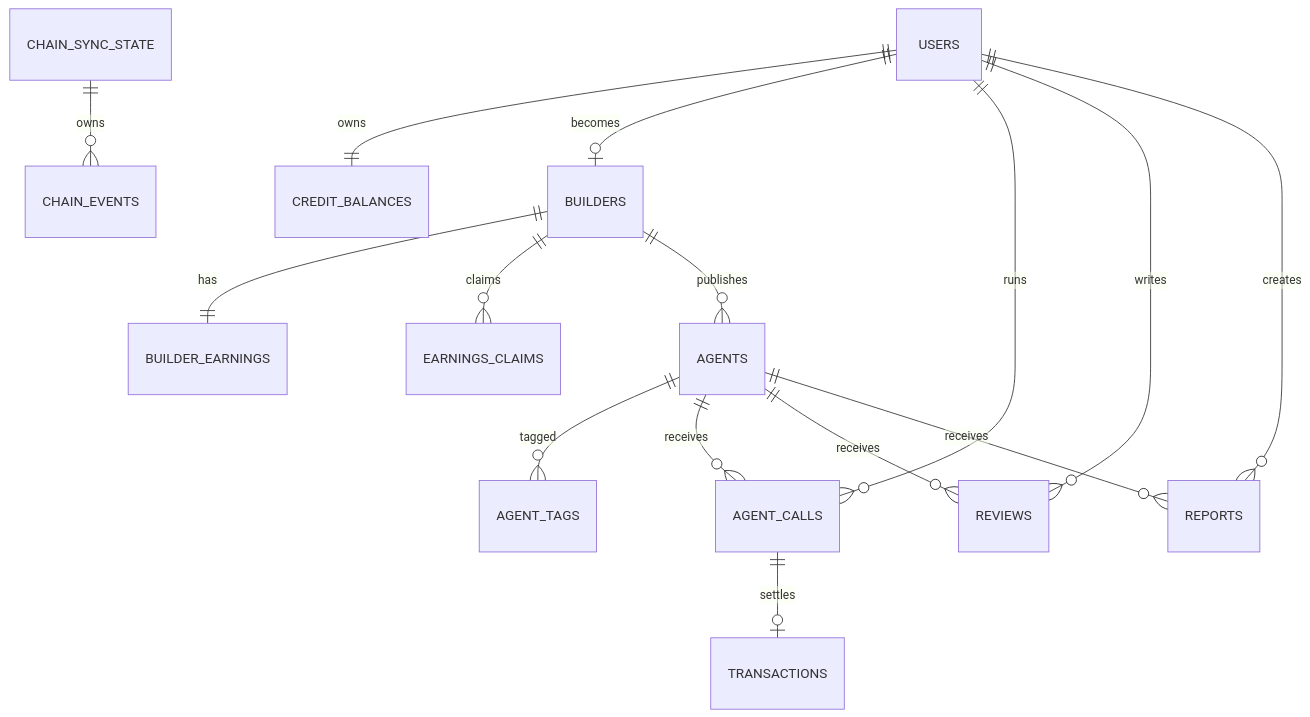
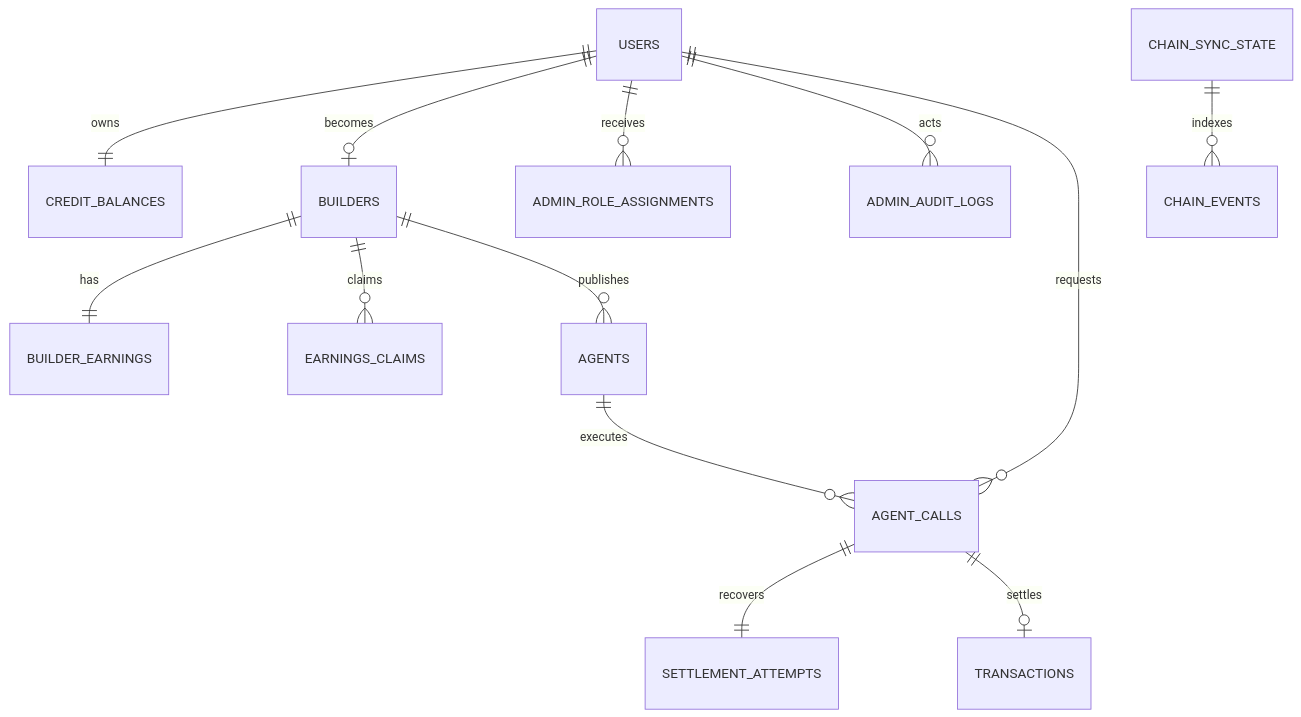
The diagram in docs/DATABASE_SCHEMA.md (velostralabs/velostra), drawn with Mermaid before and after one commit. The commit also changed other lines of this file and 3 other files, not shown here.

Commit message:
docs(core): freeze phase one architecture and invariants

````diff
--- a/docs/DATABASE_SCHEMA.md
+++ b/docs/DATABASE_SCHEMA.md
@@ -14,17 +12,15 @@
 ```mermaid
 erDiagram
     USERS ||--|| CREDIT_BALANCES : owns
     USERS ||--o| BUILDERS : becomes
+    USERS ||--o{ ADMIN_ROLE_ASSIGNMENTS : receives
+    USERS ||--o{ ADMIN_AUDIT_LOGS : acts
     BUILDERS ||--|| BUILDER_EARNINGS : has
     BUILDERS ||--o{ EARNINGS_CLAIMS : claims
     BUILDERS ||--o{ AGENTS : publishes
-    AGENTS ||--o{ AGENT_TAGS : tagged
-    USERS ||--o{ AGENT_CALLS : runs
-    AGENTS ||--o{ AGENT_CALLS : receives
+    AGENTS ||--o{ AGENT_CALLS : executes
+    USERS ||--o{ AGENT_CALLS : requests
+    AGENT_CALLS ||--|| SETTLEMENT_ATTEMPTS : recovers
     AGENT_CALLS ||--o| TRANSACTIONS : settles
-    USERS ||--o{ REVIEWS : writes
-    AGENTS ||--o{ REVIEWS : receives
-    USERS ||--o{ REPORTS : creates
-    AGENTS ||--o{ REPORTS : receives
-    CHAIN_SYNC_STATE ||--o{ CHAIN_EVENTS : owns
+    CHAIN_SYNC_STATE ||--o{ CHAIN_EVENTS : indexes
 ```
````
